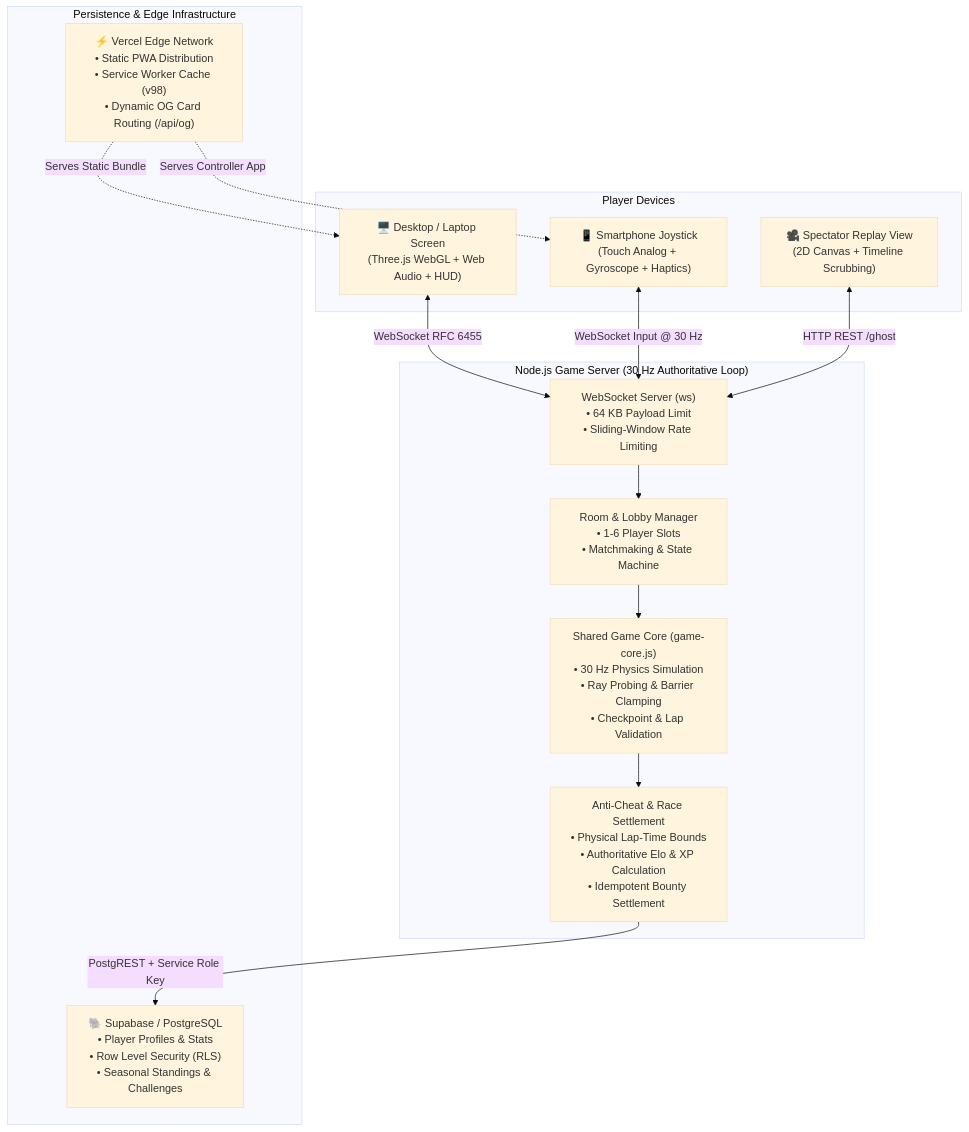
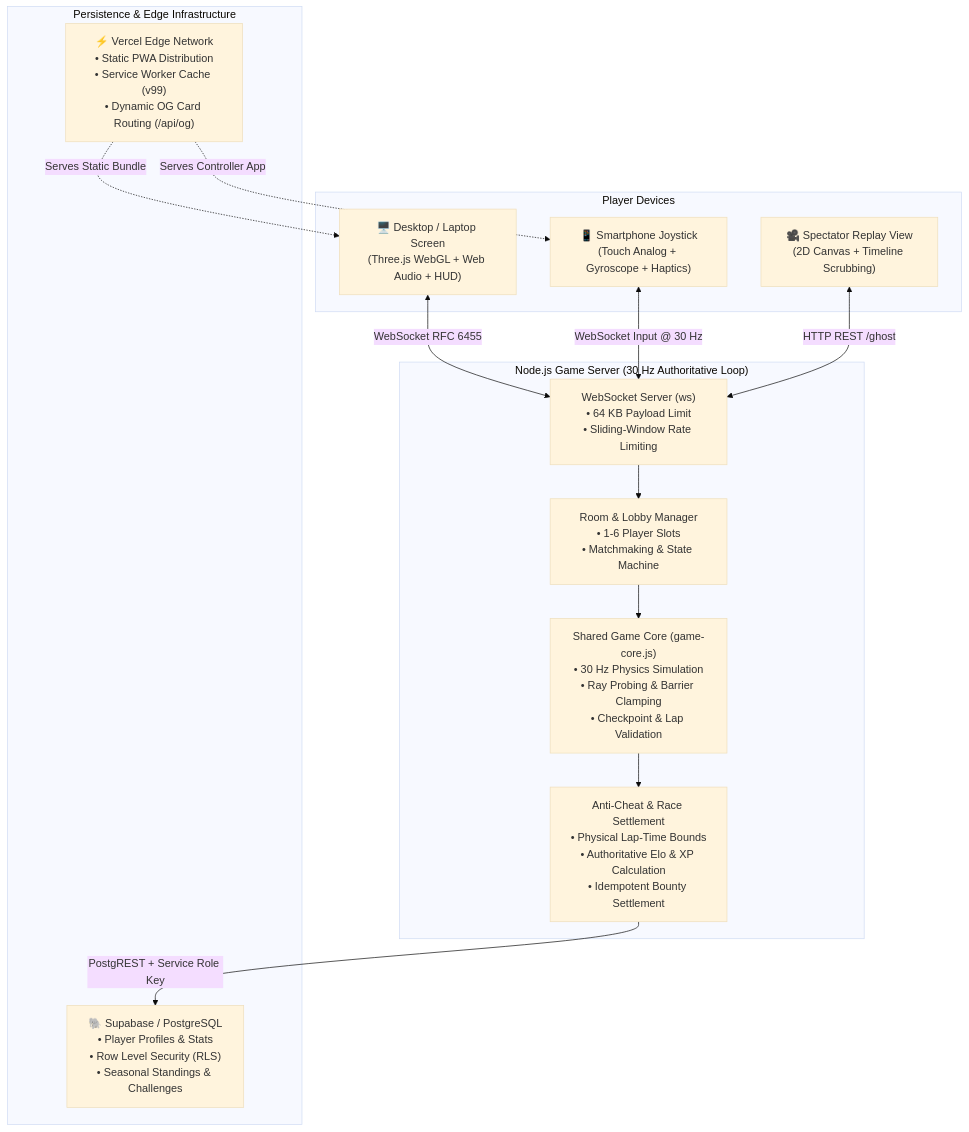
Before and after one commit to yathamsridharreddy/MULTIPLAYER-CAR-GAME: the diagram in README.md, drawn with Mermaid (base theme). The commit also changed other lines of this file and 14 other files, not shown here.

````diff
--- a/README.md
+++ b/README.md
@@ -102,30 +102,30 @@
 ```mermaid
 flowchart TD
     subgraph Clients["Player Devices"]
         Desktop["🖥️ Desktop / Laptop Screen<br/>(Three.js WebGL + Web Audio + HUD)"]
         Phone["📱 Smartphone Joystick<br/>(Touch Analog + Gyroscope + Haptics)"]
         Replay["🎥 Spectator Replay View<br/>(2D Canvas + Timeline Scrubbing)"]
     end
 
     subgraph Server["Node.js Game Server (30 Hz Authoritative Loop)"]
         WS["WebSocket Server (ws)<br/>• 64 KB Payload Limit<br/>• Sliding-Window Rate Limiting"]
         RoomMgr["Room & Lobby Manager<br/>• 1-6 Player Slots<br/>• Matchmaking & State Machine"]
         Physics["Shared Game Core (game-core.js)<br/>• 30 Hz Physics Simulation<br/>• Ray Probing & Barrier Clamping<br/>• Checkpoint & Lap Validation"]
         AntiCheat["Anti-Cheat & Race Settlement<br/>• Physical Lap-Time Bounds<br/>• Authoritative Elo & XP Calculation<br/>• Idempotent Bounty Settlement"]
     end
 
     subgraph Storage["Persistence & Edge Infrastructure"]
         Supabase["🐘 Supabase / PostgreSQL<br/>• Player Profiles & Stats<br/>• Row Level Security (RLS)<br/>• Seasonal Standings & Challenges"]
-        Vercel["⚡ Vercel Edge Network<br/>• Static PWA Distribution<br/>• Service Worker Cache (v98)<br/>• Dynamic OG Card Routing (/api/og)"]
+        Vercel["⚡ Vercel Edge Network<br/>• Static PWA Distribution<br/>• Service Worker Cache (v99)<br/>• Dynamic OG Card Routing (/api/og)"]
     end
 
     Desktop <-->|WebSocket RFC 6455| WS
     Phone <-->|WebSocket Input @ 30 Hz| WS
     Replay <-->|HTTP REST /ghost| WS
     WS --> RoomMgr
     RoomMgr --> Physics
     Physics --> AntiCheat
     AntiCheat -->|PostgREST + Service Role Key| Supabase
     Vercel -.->|Serves Static Bundle| Desktop
     Vercel -.->|Serves Controller App| Phone
 ```
````
